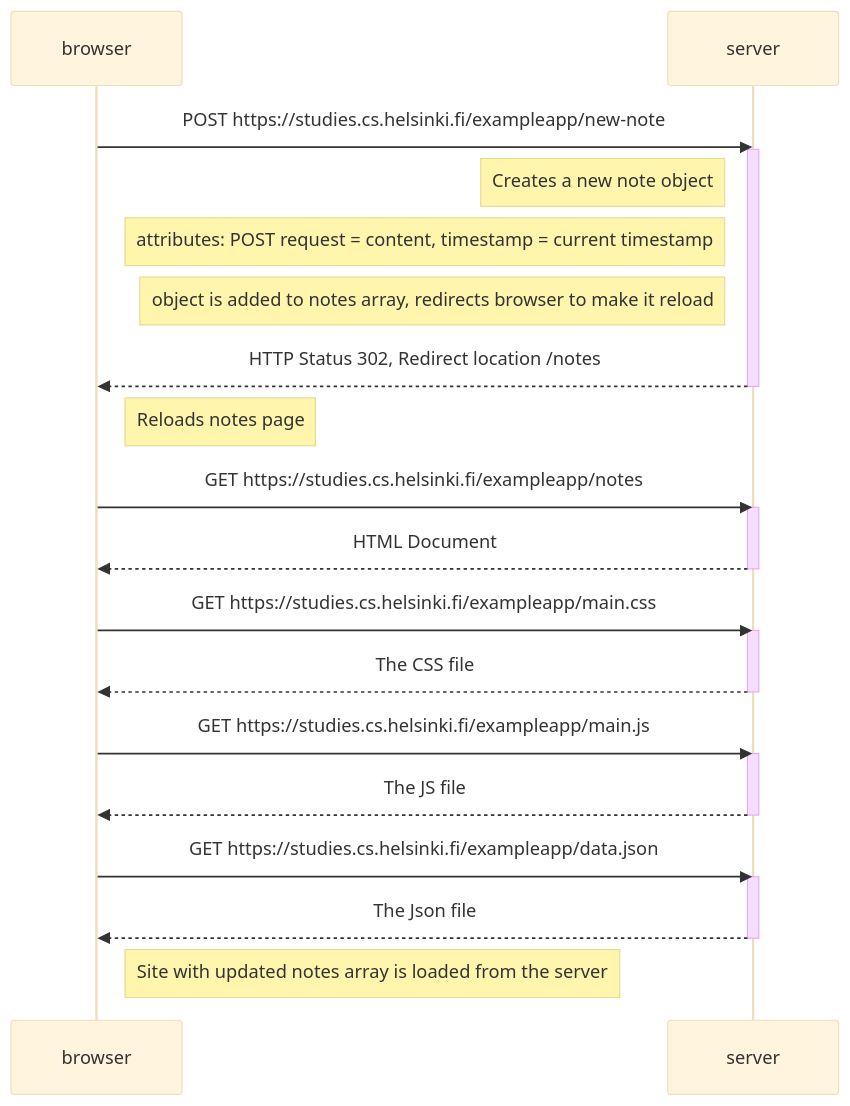
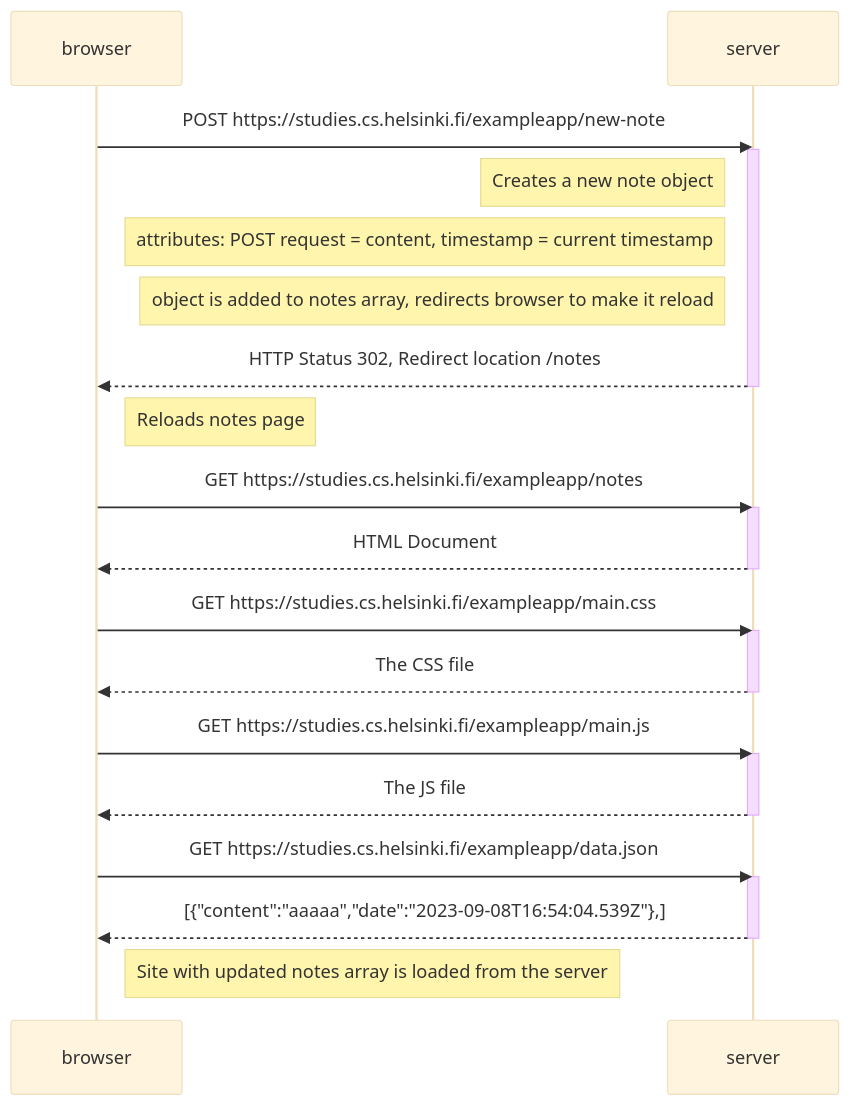
Before and after one commit to Nark-arch/Full-Stack-Open-Coursework: the diagram in .Markdown, drawn with Mermaid (base theme).

Commit message:
Update .Markdown

````diff
--- a/.Markdown
+++ b/.Markdown
@@ -1,35 +1,35 @@
 ```mermaid
   sequenceDiagram 
     participant browser
     participant server
     browser ->> server: POST https://studies.cs.helsinki.fi/exampleapp/new-note
     activate server
     note left of server: Creates a new note object
     note left of server: attributes: POST request = content, timestamp = current timestamp
     note left of server: object is added to notes array, redirects browser to make it reload
     server -->> browser: HTTP Status 302, Redirect location /notes
     deactivate server
     note right of browser: Reloads notes page
 
     
     browser ->> server: GET https://studies.cs.helsinki.fi/exampleapp/notes
     activate server
     server-->>browser: HTML Document
     deactivate server
 
     browser ->> server: GET https://studies.cs.helsinki.fi/exampleapp/main.css
     activate server
     server-->> browser: The CSS file
     deactivate server
 
     browser ->> server: GET https://studies.cs.helsinki.fi/exampleapp/main.js
     activate server
     server-->>browser: The JS file
     deactivate server
 
     browser ->> server: GET https://studies.cs.helsinki.fi/exampleapp/data.json
     activate server
-    server -->> browser: The Json file
+    server -->> browser: [{"content":"aaaaa","date":"2023-09-08T16:54:04.539Z"},]
     deactivate server
     note right of browser: Site with updated notes array is loaded from the server
 ```
````
